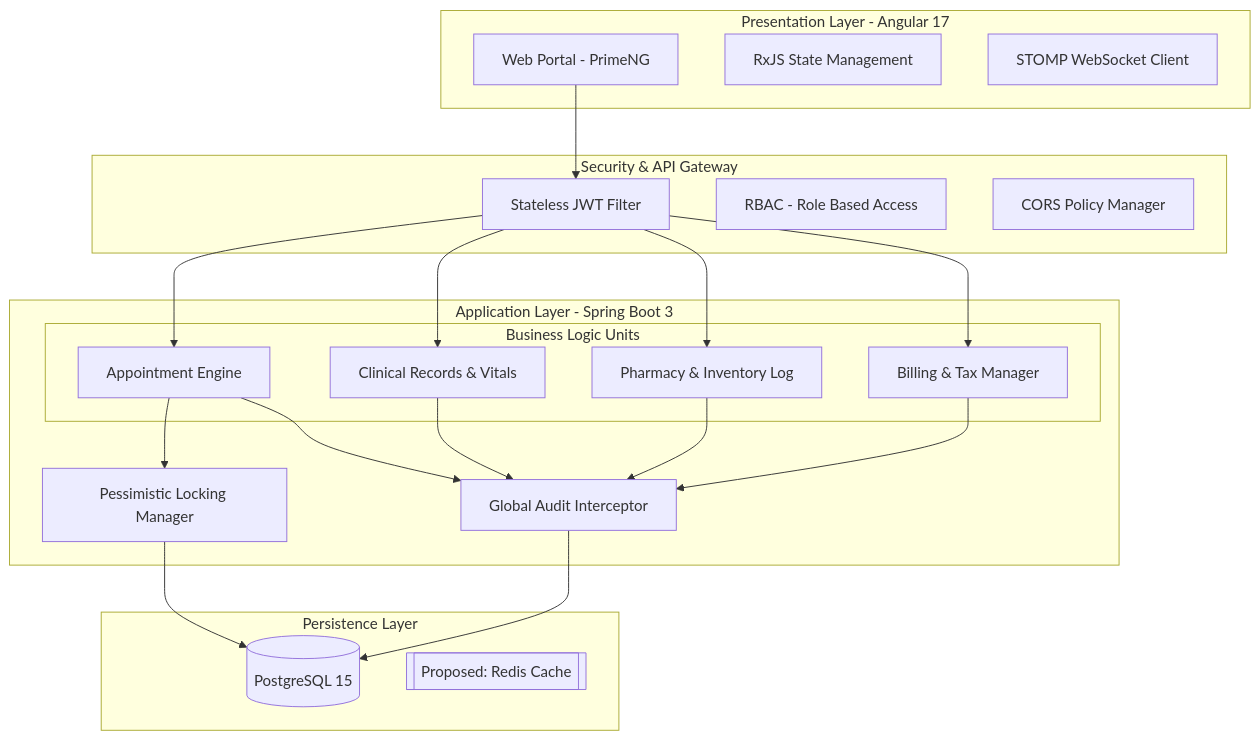
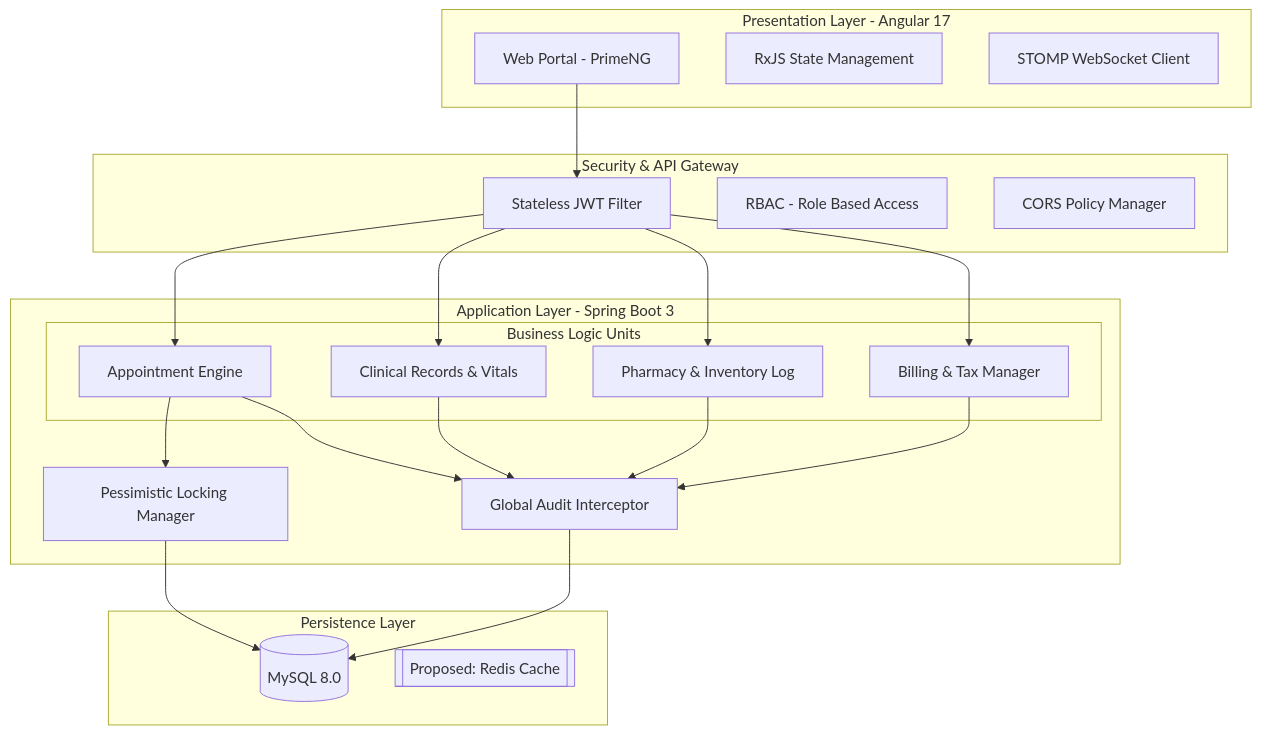
Before and after one commit to viharchudasama-artemhealthtech/HMS-FullStack: the first of 2 diagrams in README.md, drawn with Mermaid. The commit also changed other lines of this file, not shown here.

Commit message:
docs: Revise README to feature an updated system design, a new appointment booking sequence diagram, and dedicated sections for technology stack and reliability engineering.

````diff
--- a/README.md
+++ b/README.md
@@ -11,36 +11,36 @@
 ```mermaid
 graph TB
     subgraph Client_Tier [Presentation Layer - Angular 17]
         WEB[Web Portal - PrimeNG]
         STATE[RxJS State Management]
         WS_C[STOMP WebSocket Client]
     end
 
     subgraph Security_Gateway [Security & API Gateway]
         JWT[Stateless JWT Filter]
         ROLE[RBAC - Role Based Access]
         CORS[CORS Policy Manager]
     end
 
     subgraph Logic_Tier [Application Layer - Spring Boot 3]
         subgraph Core_Services [Business Logic Units]
             APT[Appointment Engine]
             CLI[Clinical Records & Vitals]
             PHAR[Pharmacy & Inventory Log]
             BILL[Billing & Tax Manager]
         end
         LOCK[Pessimistic Locking Manager]
         AUDIT[Global Audit Interceptor]
     end
 
     subgraph Data_Tier [Persistence Layer]
-        DB[(PostgreSQL 15)]
+        DB[(MySQL 8.0)]
         REDIS[[Proposed: Redis Cache]]
     end
 
     WEB --> JWT
     JWT --> APT & CLI & PHAR & BILL
     APT --> LOCK
     APT & CLI & PHAR & BILL --> AUDIT
     AUDIT & LOCK --> DB
 ```
````
